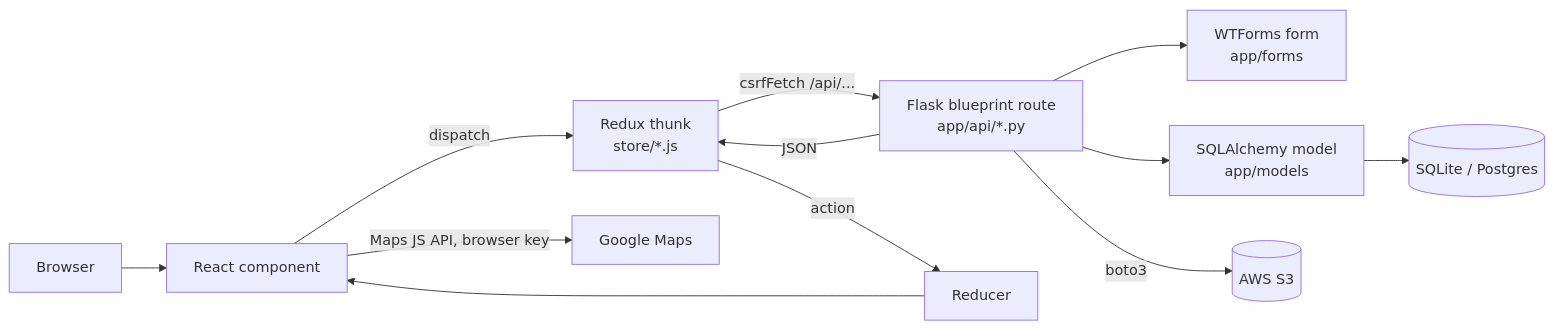
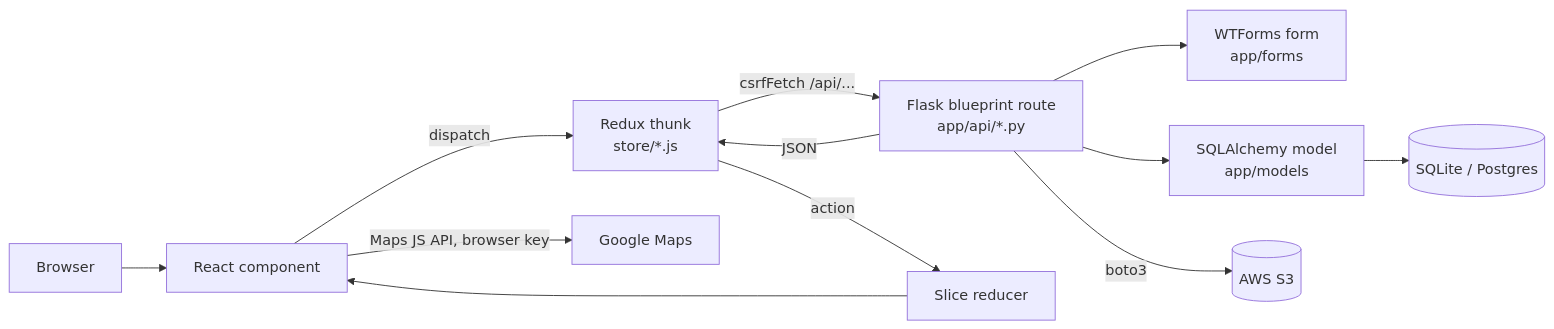
The first of 4 diagrams in docs/WALKTHROUGH.md (tyler-tor/Aktiv), drawn with Mermaid before and after one commit. The commit also changed other lines of this file, not shown here.

````diff
--- a/docs/WALKTHROUGH.md
+++ b/docs/WALKTHROUGH.md
@@ -40,14 +40,14 @@
 ```mermaid
 flowchart LR
     B[Browser] --> C[React component]
     C -->|dispatch| T[Redux thunk<br/>store/*.js]
     T -->|csrfFetch /api/...| F[Flask blueprint route<br/>app/api/*.py]
     F --> W[WTForms form<br/>app/forms]
     F --> M[SQLAlchemy model<br/>app/models]
     M --> D[(SQLite / Postgres)]
     F -->|boto3| S3[(AWS S3)]
     F -->|JSON| T
-    T -->|action| R[Reducer]
+    T -->|action| R[Slice reducer]
     R --> C
     C -->|Maps JS API, browser key| G[Google Maps]
 ```
````
